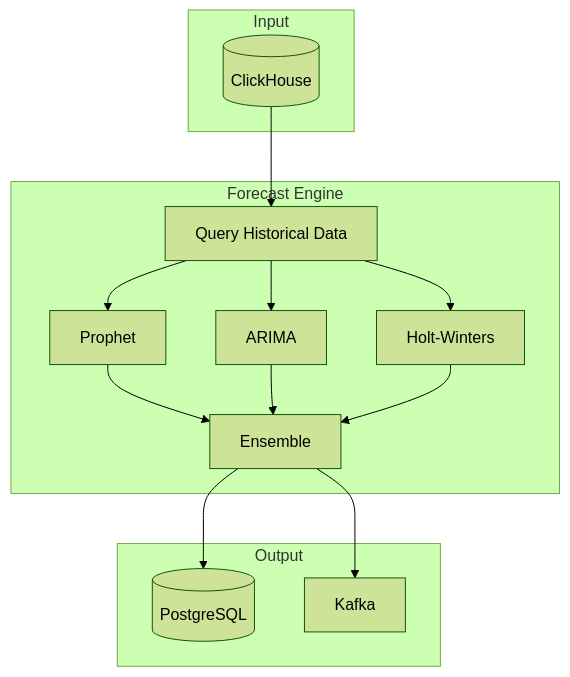
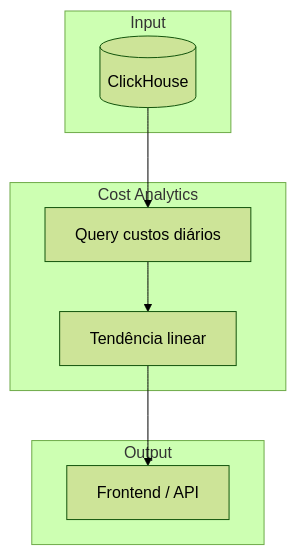
Before and after one commit to vlds-git/finops-platform: the fifth of 6 diagrams in docs/ARCHITECTURE.md, drawn with Mermaid (forest theme). The commit also changed other lines of this file and 9 other files, not shown here.

Commit message:
docs: cria ROADMAP.md e atualiza arquitetura, admin, deploy, UI, manifest, security e troubleshooting para versão atual

````diff
--- a/docs/ARCHITECTURE.md
+++ b/docs/ARCHITECTURE.md
@@ -133,26 +127,16 @@
 ```mermaid
 graph TB
     subgraph "Input"
         CH[(ClickHouse)]
     end
-    subgraph "Forecast Engine"
-        Q[Query Historical Data]
-        P[Prophet]
-        A[ARIMA]
-        H[Holt-Winters]
-        E[Ensemble]
+    subgraph "Cost Analytics"
+        Q[Query custos diários]
+        L[Tendência linear]
     end
     subgraph "Output"
-        PG[(PostgreSQL)]
-        KF[Kafka]
+        FE[Frontend / API]
     end
     CH --> Q
-    Q --> P
-    Q --> A
-    Q --> H
-    P --> E
-    A --> E
-    H --> E
-    E --> PG
-    E --> KF
+    Q --> L
+    L --> FE
 ```
````
